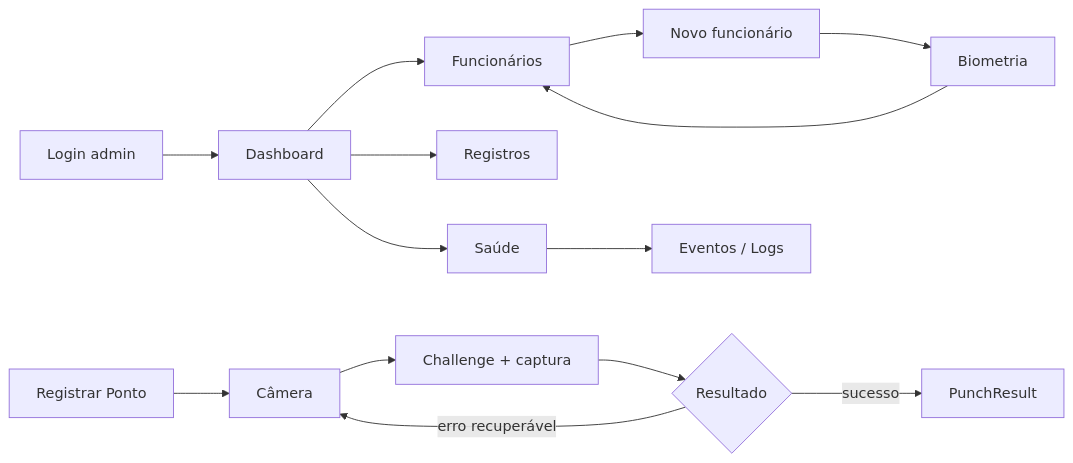
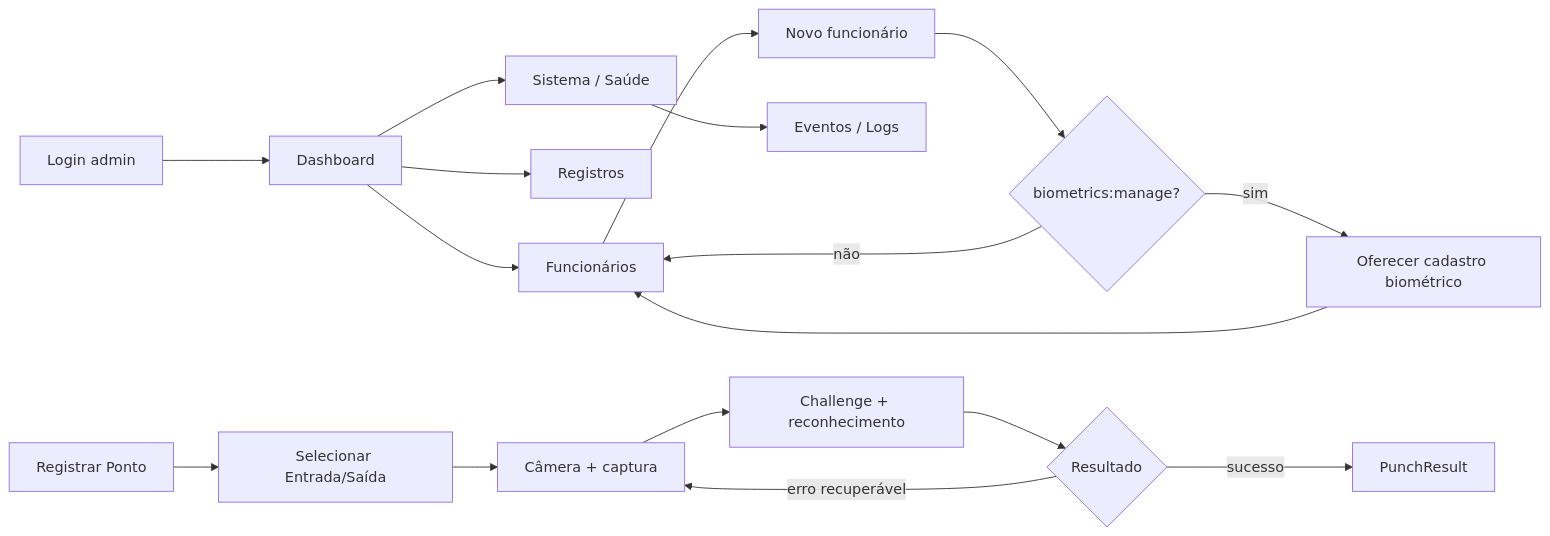
One commit to leon337/reconhecimento_facial changed the diagram in docs/nf-01/07_WIREFRAMES.md. Above: the diagram before and after it, drawn with Mermaid. The commit also changed other lines of this file, not shown here.

````diff
--- a/docs/nf-01/07_WIREFRAMES.md
+++ b/docs/nf-01/07_WIREFRAMES.md
@@ -325,17 +346,20 @@
 ```mermaid
 flowchart LR
     L[Login admin] --> D[Dashboard]
     D --> F[Funcionários]
     F --> N[Novo funcionário]
-    N --> B[Biometria]
+    N --> P{biometrics:manage?}
+    P -->|sim| B[Oferecer cadastro biométrico]
+    P -->|não| F
     B --> F
     D --> R[Registros]
-    D --> S[Saúde]
+    D --> S[Sistema / Saúde]
     S --> E[Eventos / Logs]
 
-    P[Registrar Ponto] --> C[Câmera]
-    C --> V[Challenge + captura]
+    PUN[Registrar Ponto] --> T[Selecionar Entrada/Saída]
+    T --> C[Câmera + captura]
+    C --> V[Challenge + reconhecimento]
     V --> X{Resultado}
     X -->|sucesso| OK[PunchResult]
     X -->|erro recuperável| C
 ```
````
